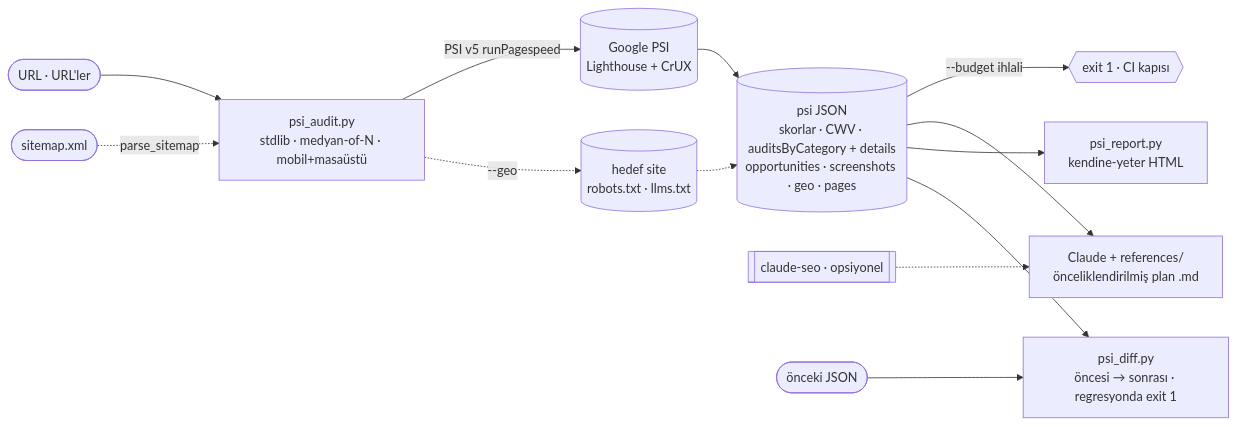
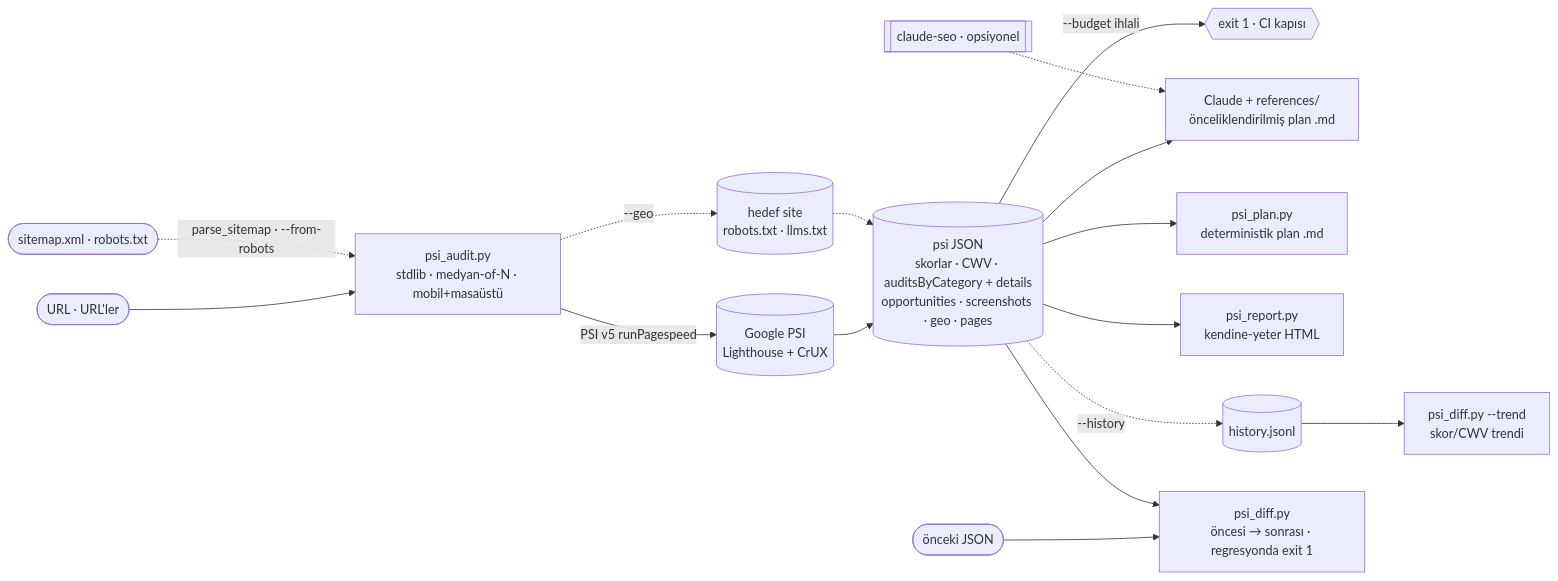
One commit to tasdeleno/pagespeed-plan changed the diagram in README.md. Above: the diagram before and after it, drawn with Mermaid. The commit also changed other lines of this file and 1 other file, not shown here.

First line of the commit message:
pagespeed-plan: README TR/EN'i yeni ozelliklere hizala

````diff
--- a/README.md
+++ b/README.md
@@ -82,15 +83,18 @@
 ```mermaid
 flowchart LR
     U([URL · URL'ler]) --> S["psi_audit.py<br/>stdlib · medyan-of-N · mobil+masaüstü"]
-    SM([sitemap.xml]) -.->|parse_sitemap| S
+    SM([sitemap.xml · robots.txt]) -.->|parse_sitemap · --from-robots| S
     S -->|PSI v5 runPagespeed| G[("Google PSI<br/>Lighthouse + CrUX")]
     S -.->|--geo| W[("hedef site<br/>robots.txt · llms.txt")]
     G --> J[("psi JSON<br/>skorlar · CWV · auditsByCategory + details<br/>opportunities · screenshots · geo · pages")]
     W -.-> J
     J -->|--budget ihlali| X{{"exit 1 · CI kapısı"}}
     J --> M["Claude + references/<br/>önceliklendirilmiş plan .md"]
     O[["claude-seo · opsiyonel"]] -.-> M
+    J --> PL["psi_plan.py<br/>deterministik plan .md"]
     J --> R["psi_report.py<br/>kendine-yeter HTML"]
+    J -.->|--history| H[("history.jsonl")]
+    H --> T["psi_diff.py --trend<br/>skor/CWV trendi"]
     P([önceki JSON]) --> D["psi_diff.py<br/>öncesi → sonrası · regresyonda exit 1"]
     J --> D
 ```
````
